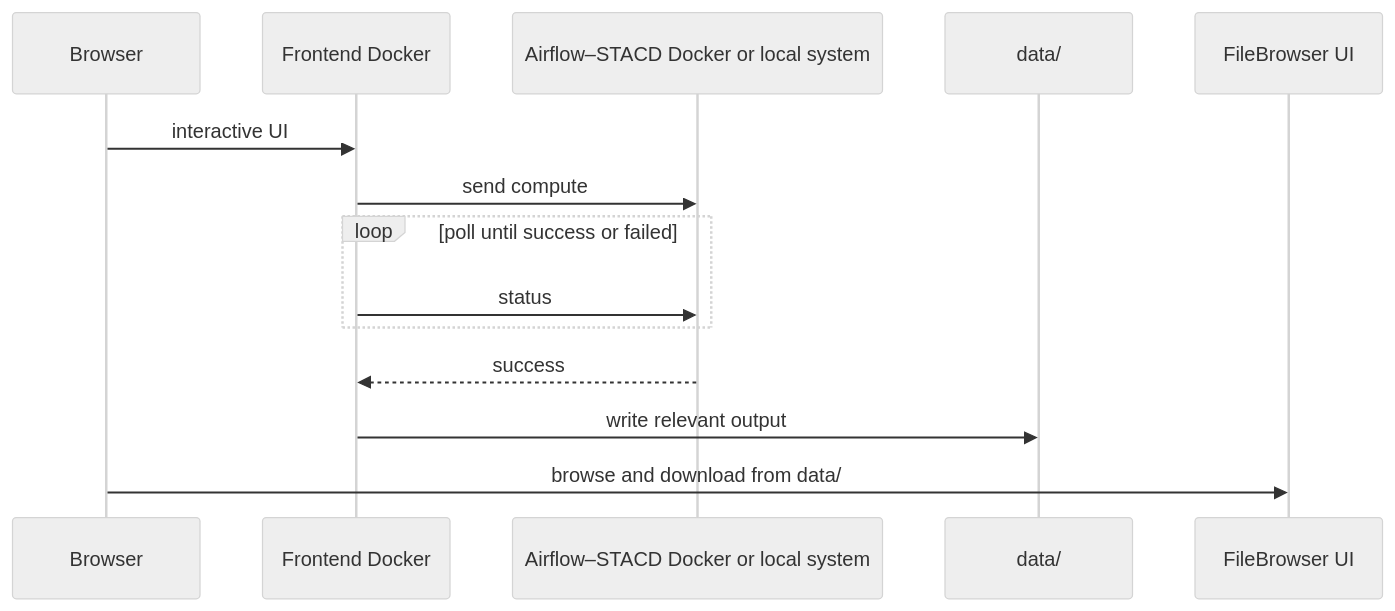
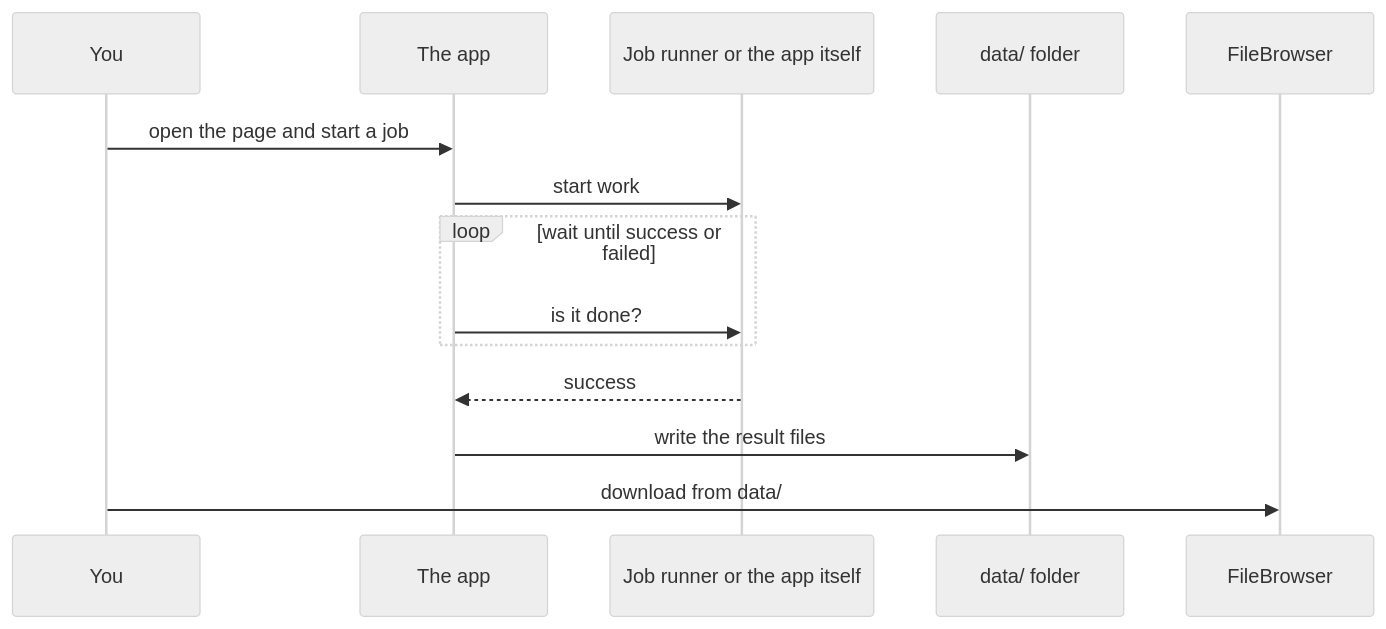
One commit to core-stack-org/core-stack-docs changed the second of 2 diagrams in docs/infra/tower-services/index.md. Above: the diagram before and after it, drawn with Mermaid (neutral theme). The commit also changed other lines of this file and 11 other files, not shown here.

First line of the commit message:
Document Tower Services as a shared deploy cluster and simplify Docker/Airflow how-tos.

````diff
--- a/docs/infra/tower-services/index.md
+++ b/docs/infra/tower-services/index.md
@@ -36,16 +80,16 @@
 ```mermaid
 sequenceDiagram
-  participant Browser
-  participant Frontend as Frontend Docker
-  participant Compute as Airflow–STACD Docker or local system
-  participant Data as data/
-  participant FB as FileBrowser UI
-  Browser->>Frontend: interactive UI
-  Frontend->>Compute: send compute
-  loop poll until success or failed
-    Frontend->>Compute: status
+  participant You
+  participant App as The app
+  participant Job as Job runner or the app itself
+  participant Data as data/ folder
+  participant FB as FileBrowser
+  You->>App: open the page and start a job
+  App->>Job: start work
+  loop wait until success or failed
+    App->>Job: is it done?
   end
-  Compute-->>Frontend: success
-  Frontend->>Data: write relevant output
-  Browser->>FB: browse and download from data/
+  Job-->>App: success
+  App->>Data: write the result files
+  You->>FB: download from data/
 ```
````
